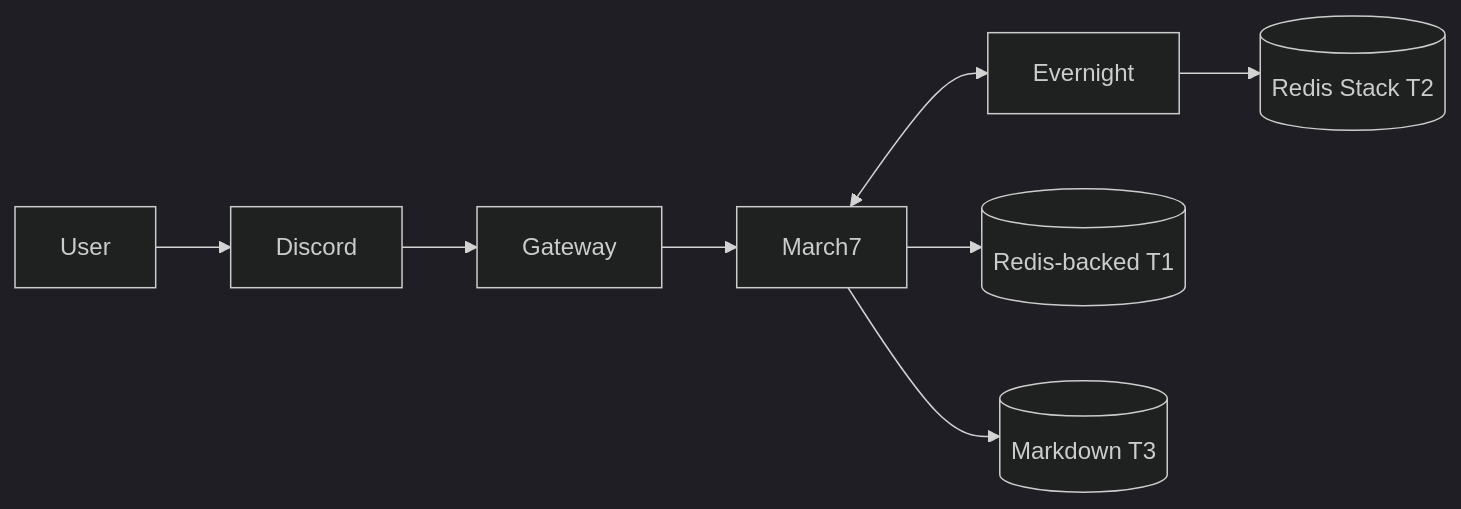
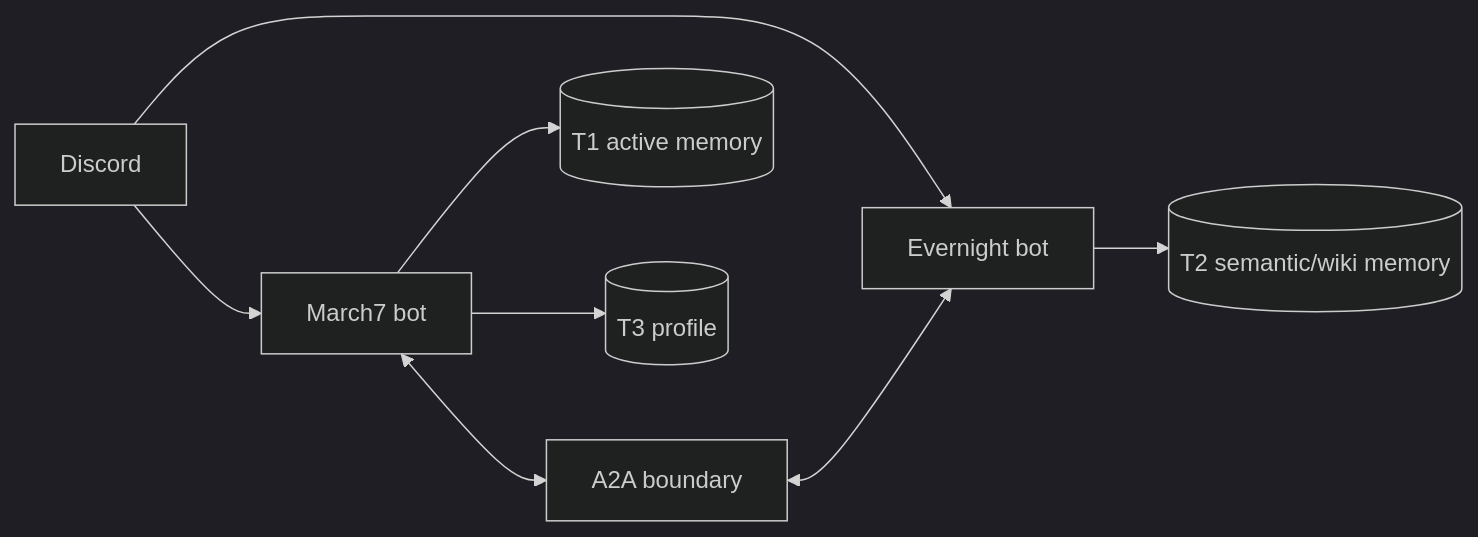
One commit to Flowerf19/Harness_agent changed the diagram in README.MD. Above: the diagram before and after it, drawn with Mermaid (dark theme). The commit also changed other lines of this file and 7 other files, not shown here.

````diff
--- a/README.MD
+++ b/README.MD
@@ -38,10 +42,10 @@
 ```mermaid
 flowchart LR
-    U[User] --> D[Discord]
-    D --> G[Gateway]
-    G --> M[March7]
-    M <--> E[Evernight]
-    M --> R[(Redis-backed T1)]
-    E --> Q[(Redis Stack T2)]
-    M --> T[(Markdown T3)]
+    D[Discord] --> M[March7 bot]
+    D --> E[Evernight bot]
+    M <--> A[A2A boundary]
+    A <--> E
+    M --> T1[(T1 active memory)]
+    M --> T3[(T3 profile)]
+    E --> T2[(T2 semantic/wiki memory)]
 ```
````
